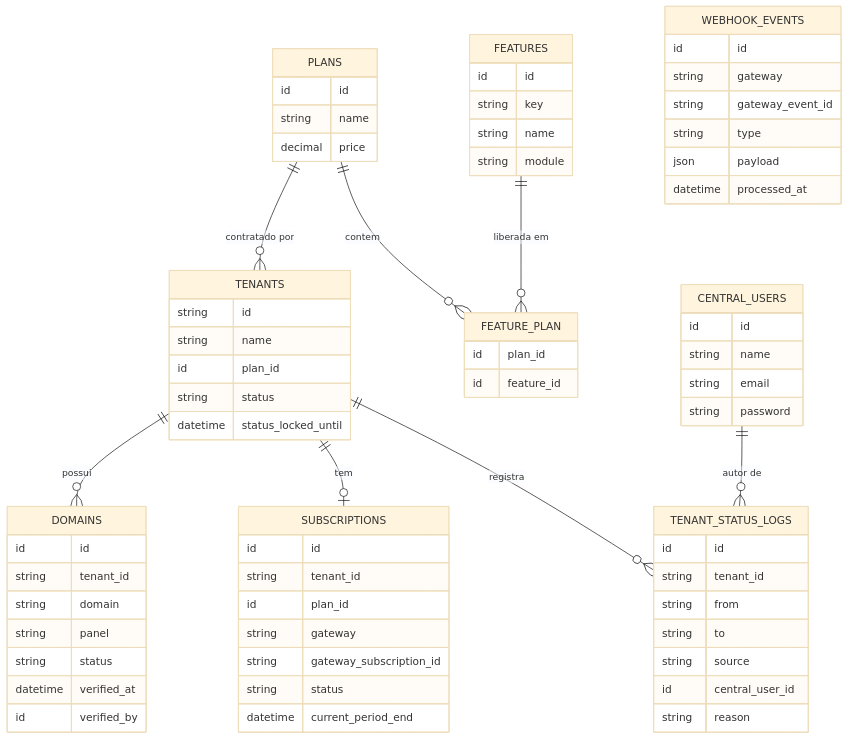
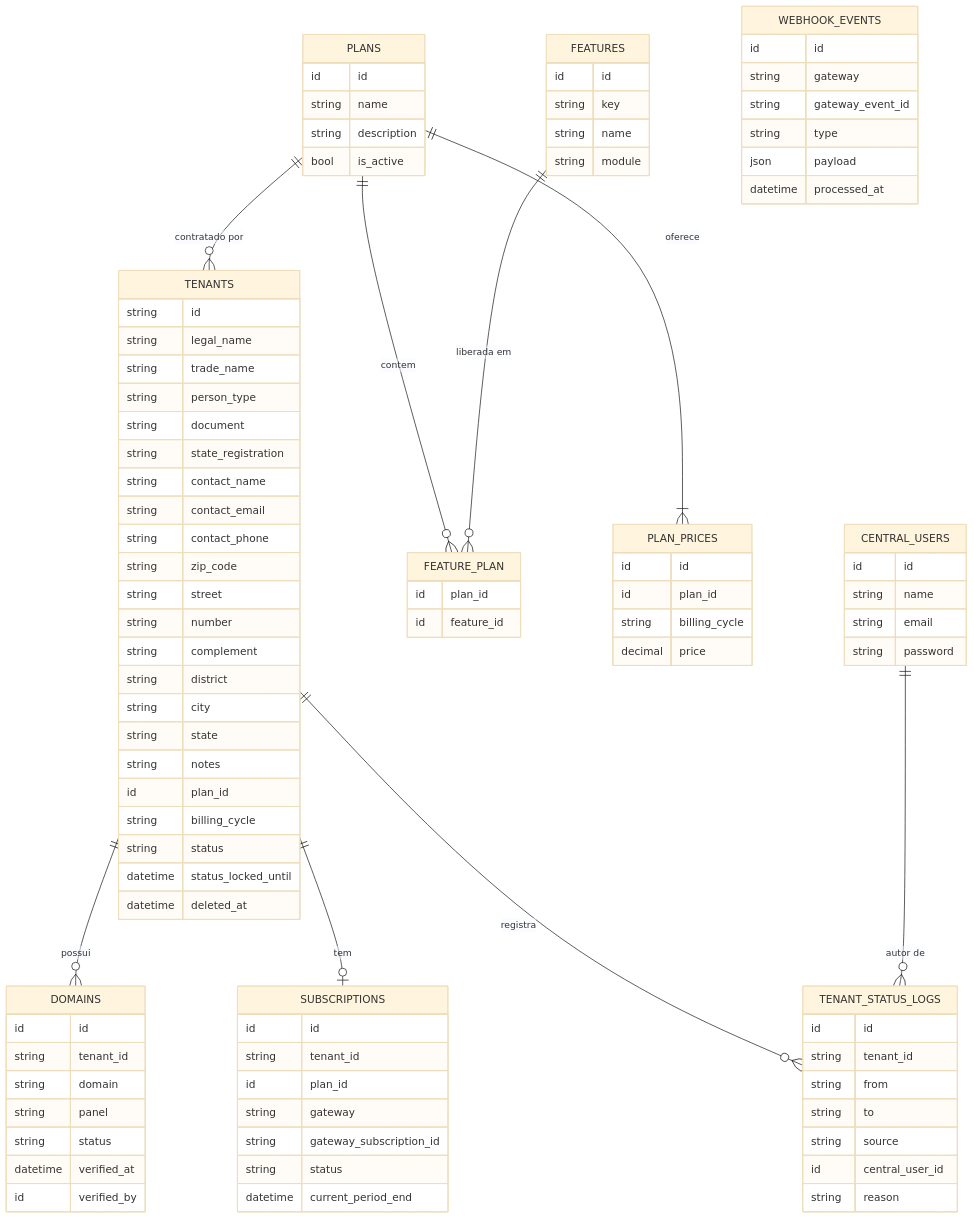
Before and after one commit to uendelsilveira/Multi_Tenant: the first of 4 diagrams in docs/03-modelagem/modelo-de-dados.md, drawn with Mermaid (base theme). The commit also changed other lines of this file and 5 other files, not shown here.

```diff
--- a/docs/03-modelagem/modelo-de-dados.md
+++ b/docs/03-modelagem/modelo-de-dados.md
@@ -10,6 +10,7 @@
 erDiagram
     PLANS ||--o{ TENANTS : "contratado por"
     PLANS ||--o{ FEATURE_PLAN : contem
+    PLANS ||--|{ PLAN_PRICES : oferece
     FEATURES ||--o{ FEATURE_PLAN : "liberada em"
     TENANTS ||--o{ DOMAINS : possui
     TENANTS ||--o| SUBSCRIPTIONS : tem
@@ -25,6 +26,13 @@
     PLANS {
         id id
         string name
+        string description
+        bool is_active
+    }
+    PLAN_PRICES {
+        id id
+        id plan_id
+        string billing_cycle
         decimal price
     }
     FEATURES {
@@ -39,10 +47,27 @@
     }
     TENANTS {
         string id
-        string name
+        string legal_name
+        string trade_name
+        string person_type
+        string document
+        string state_registration
+        string contact_name
+        string contact_email
+        string contact_phone
+        string zip_code
+        string street
+        string number
+        string complement
+        string district
+        string city
+        string state
+        string notes
         id plan_id
+        string billing_cycle
         string status
         datetime status_locked_until
+        datetime deleted_at
     }
     DOMAINS {
         id id
```
